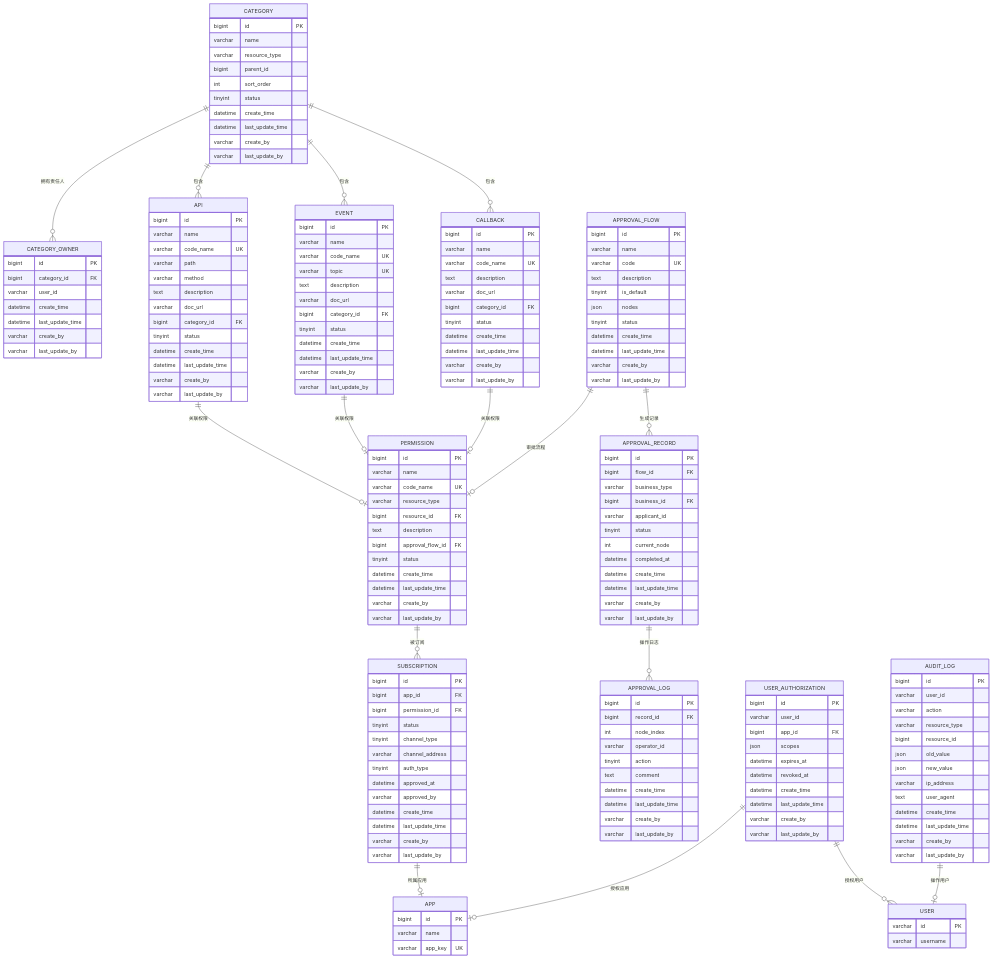
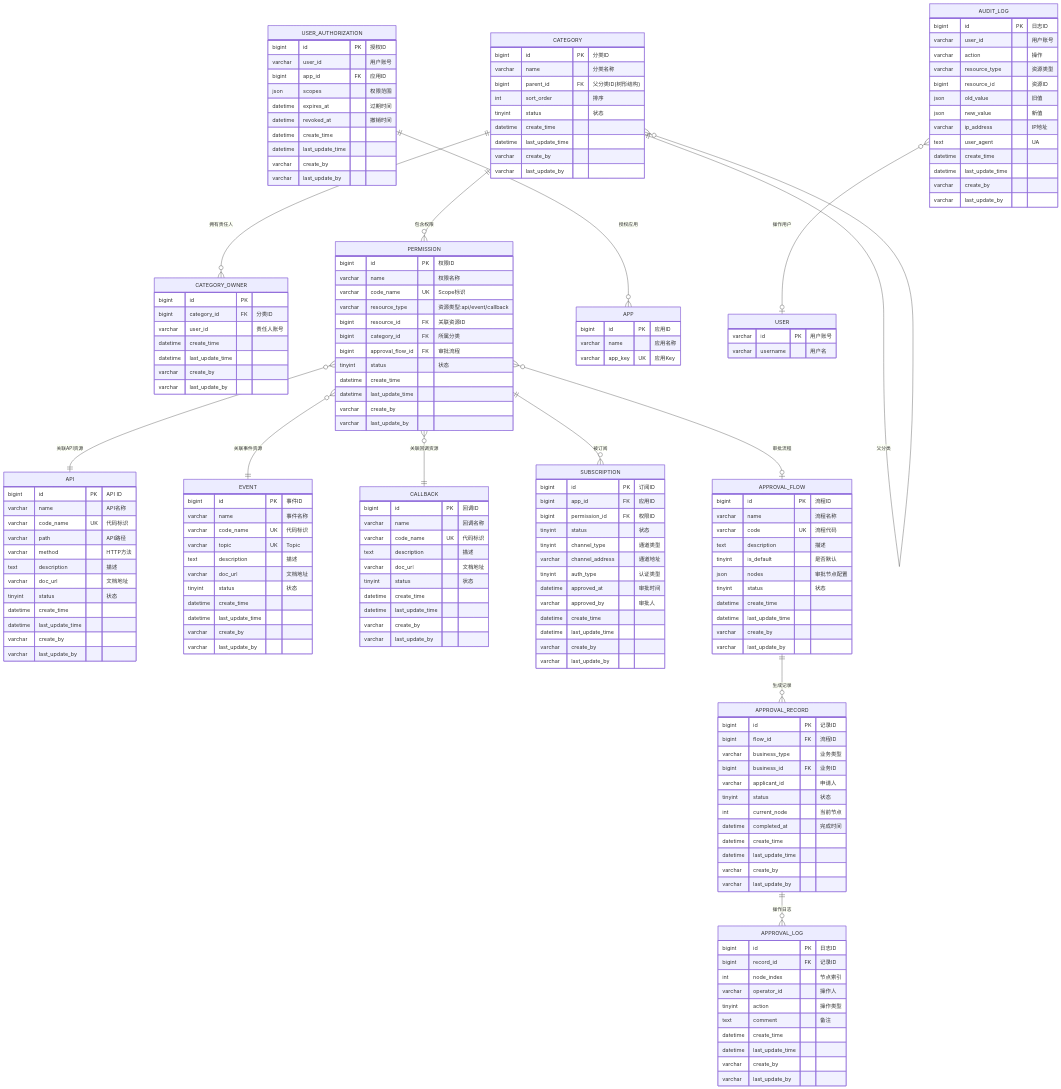
The sixth of 6 diagrams in .sddu/specs-tree-root/specs-tree-capability-open-platform/plan.md (THZSummer/open-app), drawn with Mermaid before and after one commit. The commit also changed other lines of this file, not shown here.

Commit message:
refactor(plan): 修正分类与权限的数据模型关系
核心变更：
- 分类(CATEGORY)不再直接关联API/事件/回调
- 分类直接关联权限(PERMISSION)，形成树形分类+权限列表=权限树
- 权限通过resource_type+resource_id关联具体资源

表结构更新：
- 移除 openplatform_api_t 的 category_id 字段
- 移除 openplatform_event_t 的 category_id 字段
- 移除 openplatform_callback_t 的 category_id 字段
- 移除 openplatform_category_t 的 resource_type 字段
- 新增 openplatform_permission_t 的 category_id 字段

ER图更新：
- 添加分类自关联（树形结构）
- 分类 → 权限（一对多）
- 权限 → API/事件/回调（多态关联）

数据模型说明：
- 分类是通用树形结构，不区分资源类型
- 分类下展示的是权限数据，可附带显示资源部分字段

````diff
--- a/.sddu/specs-tree-root/specs-tree-capability-open-platform/plan.md
+++ b/.sddu/specs-tree-root/specs-tree-capability-open-platform/plan.md
@@ -581,34 +581,29 @@
 ```mermaid
 erDiagram
+    CATEGORY ||--o{ CATEGORY : "父分类"
     CATEGORY ||--o{ CATEGORY_OWNER : "拥有责任人"
-    CATEGORY ||--o{ API : "包含"
-    CATEGORY ||--o{ EVENT : "包含"
-    CATEGORY ||--o{ CALLBACK : "包含"
+    CATEGORY ||--o{ PERMISSION : "包含权限"
     
-    API ||--o| PERMISSION : "关联权限"
-    EVENT ||--o| PERMISSION : "关联权限"
-    CALLBACK ||--o| PERMISSION : "关联权限"
+    PERMISSION }o--|| API : "关联API资源"
+    PERMISSION }o--|| EVENT : "关联事件资源"
+    PERMISSION }o--|| CALLBACK : "关联回调资源"
     
     PERMISSION ||--o{ SUBSCRIPTION : "被订阅"
-    APPROVAL_FLOW ||--o| PERMISSION : "审批流程"
-    
-    SUBSCRIPTION ||--o| APP : "所属应用"
+    PERMISSION }o--o| APPROVAL_FLOW : "审批流程"
     
     APPROVAL_FLOW ||--o{ APPROVAL_RECORD : "生成记录"
     APPROVAL_RECORD ||--o{ APPROVAL_LOG : "操作日志"
     
-    USER_AUTHORIZATION ||--o| APP : "授权应用"
-    USER_AUTHORIZATION ||--o{ USER : "授权用户"
+    USER_AUTHORIZATION ||--o{ APP : "授权应用"
     
-    AUDIT_LOG ||--o| USER : "操作用户"
+    AUDIT_LOG }o--o| USER : "操作用户"
 
     CATEGORY {
-        bigint id PK
-        varchar name
-        varchar resource_type
-        bigint parent_id
-        int sort_order
-        tinyint status
+        bigint id PK "分类ID"
+        varchar name "分类名称"
+        bigint parent_id FK "父分类ID(树形结构)"
+        int sort_order "排序"
+        tinyint status "状态"
         datetime create_time
         datetime last_update_time
         varchar create_by
@@ -617,8 +612,23 @@
     
     CATEGORY_OWNER {
         bigint id PK
-        bigint category_id FK
-        varchar user_id
+        bigint category_id FK "分类ID"
+        varchar user_id "责任人账号"
+        datetime create_time
+        datetime last_update_time
+        varchar create_by
+        varchar last_update_by
+    }
+    
+    PERMISSION {
+        bigint id PK "权限ID"
+        varchar name "权限名称"
+        varchar code_name UK "Scope标识"
+        varchar resource_type "资源类型:api/event/callback"
+        bigint resource_id FK "关联资源ID"
+        bigint category_id FK "所属分类"
+        bigint approval_flow_id FK "审批流程"
+        tinyint status "状态"
         datetime create_time
         datetime last_update_time
         varchar create_by
@@ -626,15 +636,14 @@
     }
     
     API {
-        bigint id PK
-        varchar name
-        varchar code_name UK
-        varchar path
-        varchar method
-        text description
-        varchar doc_url
-        bigint category_id FK
-        tinyint status
+        bigint id PK "API ID"
+        varchar name "API名称"
+        varchar code_name UK "代码标识"
+        varchar path "API路径"
+        varchar method "HTTP方法"
+        text description "描述"
+        varchar doc_url "文档地址"
+        tinyint status "状态"
         datetime create_time
         datetime last_update_time
         varchar create_by
@@ -642,14 +651,13 @@
     }
     
     EVENT {
-        bigint id PK
-        varchar name
-        varchar code_name UK
-        varchar topic UK
-        text description
-        varchar doc_url
-        bigint category_id FK
-        tinyint status
+        bigint id PK "事件ID"
+        varchar name "事件名称"
+        varchar code_name UK "代码标识"
+        varchar topic UK "Topic"
+        text description "描述"
+        varchar doc_url "文档地址"
+        tinyint status "状态"
         datetime create_time
         datetime last_update_time
         varchar create_by
@@ -657,28 +665,12 @@
     }
     
     CALLBACK {
-        bigint id PK
-        varchar name
-        varchar code_name UK
-        text description
-        varchar doc_url
-        bigint category_id FK
-        tinyint status
-        datetime create_time
-        datetime last_update_time
-        varchar create_by
-        varchar last_update_by
-    }
-    
-    PERMISSION {
-        bigint id PK
-        varchar name
-        varchar code_name UK
-        varchar resource_type
-        bigint resource_id FK
-        text description
-        bigint approval_flow_id FK
-        tinyint status
+        bigint id PK "回调ID"
+        varchar name "回调名称"
+        varchar code_name UK "代码标识"
+        text description "描述"
+        varchar doc_url "文档地址"
+        tinyint status "状态"
         datetime create_time
         datetime last_update_time
         varchar create_by
@@ -686,15 +678,15 @@
     }
     
     SUBSCRIPTION {
-        bigint id PK
-        bigint app_id FK
-        bigint permission_id FK
-        tinyint status
-        tinyint channel_type
-        varchar channel_address
-        tinyint auth_type
-        datetime approved_at
-        varchar approved_by
+        bigint id PK "订阅ID"
+        bigint app_id FK "应用ID"
+        bigint permission_id FK "权限ID"
+        tinyint status "状态"
+        tinyint channel_type "通道类型"
+        varchar channel_address "通道地址"
+        tinyint auth_type "认证类型"
+        datetime approved_at "审批时间"
+        varchar approved_by "审批人"
         datetime create_time
         datetime last_update_time
         varchar create_by
@@ -702,13 +694,13 @@
     }
     
     APPROVAL_FLOW {
-        bigint id PK
-        varchar name
-        varchar code UK
-        text description
-        tinyint is_default
-        json nodes
-        tinyint status
+        bigint id PK "流程ID"
+        varchar name "流程名称"
+        varchar code UK "流程代码"
+        text description "描述"
+        tinyint is_default "是否默认"
+        json nodes "审批节点配置"
+        tinyint status "状态"
         datetime create_time
         datetime last_update_time
         varchar create_by
@@ -716,14 +708,14 @@
     }
     
     APPROVAL_RECORD {
-        bigint id PK
-        bigint flow_id FK
-        varchar business_type
-        bigint business_id FK
-        varchar applicant_id
-        tinyint status
-        int current_node
-        datetime completed_at
+        bigint id PK "记录ID"
+        bigint flow_id FK "流程ID"
+        varchar business_type "业务类型"
+        bigint business_id FK "业务ID"
+        varchar applicant_id "申请人"
+        tinyint status "状态"
+        int current_node "当前节点"
+        datetime completed_at "完成时间"
         datetime create_time
         datetime last_update_time
         varchar create_by
@@ -731,12 +723,12 @@
     }
     
     APPROVAL_LOG {
-        bigint id PK
-        bigint record_id FK
-        int node_index
-        varchar operator_id
-        tinyint action
-        text comment
+        bigint id PK "日志ID"
+        bigint record_id FK "记录ID"
+        int node_index "节点索引"
+        varchar operator_id "操作人"
+        tinyint action "操作类型"
+        text comment "备注"
         datetime create_time
         datetime last_update_time
         varchar create_by
@@ -744,12 +736,12 @@
     }
     
     USER_AUTHORIZATION {
-        bigint id PK
-        varchar user_id
-        bigint app_id FK
-        json scopes
-        datetime expires_at
-        datetime revoked_at
+        bigint id PK "授权ID"
+        varchar user_id "用户账号"
+        bigint app_id FK "应用ID"
+        json scopes "权限范围"
+        datetime expires_at "过期时间"
+        datetime revoked_at "撤销时间"
         datetime create_time
         datetime last_update_time
         varchar create_by
@@ -757,15 +749,15 @@
     }
     
     AUDIT_LOG {
-        bigint id PK
-        varchar user_id
-        varchar action
-        varchar resource_type
-        bigint resource_id
-        json old_value
-        json new_value
-        varchar ip_address
-        text user_agent
+        bigint id PK "日志ID"
+        varchar user_id "用户账号"
+        varchar action "操作"
+        varchar resource_type "资源类型"
+        bigint resource_id "资源ID"
+        json old_value "旧值"
+        json new_value "新值"
+        varchar ip_address "IP地址"
+        text user_agent "UA"
         datetime create_time
         datetime last_update_time
         varchar create_by
@@ -773,13 +765,13 @@
     }
     
     APP {
-        bigint id PK
-        varchar name
-        varchar app_key UK
+        bigint id PK "应用ID"
+        varchar name "应用名称"
+        varchar app_key UK "应用Key"
     }
     
     USER {
-        varchar id PK
-        varchar username
+        varchar id PK "用户账号"
+        varchar username "用户名"
     }
 ```
````
